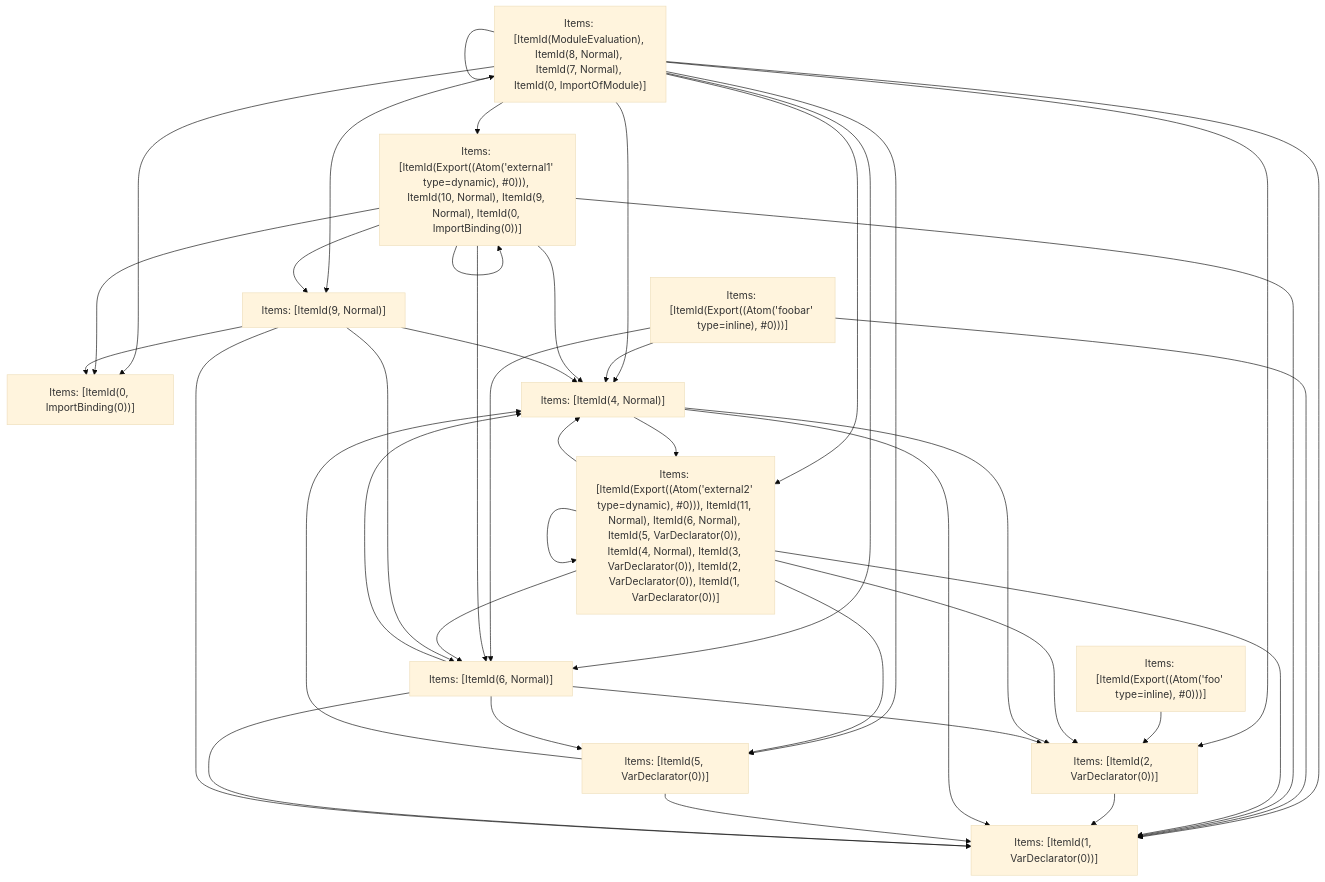
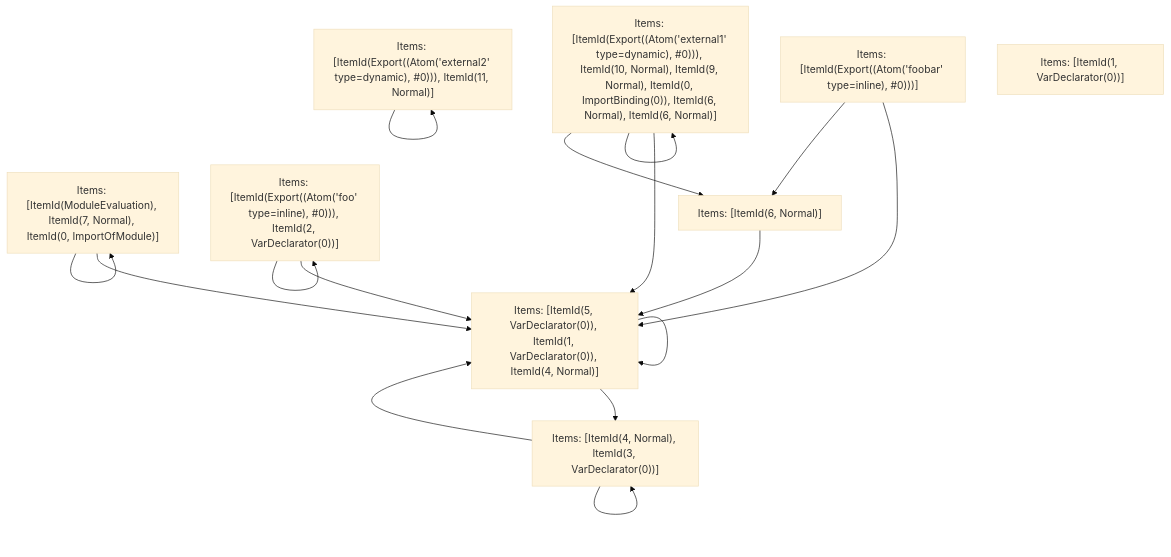
Before and after one commit to vercel/turborepo: the fifth of 5 diagrams in crates/turbopack-ecmascript/tests/tree-shaker/analyzer/1/output.md, drawn with Mermaid (base theme). The commit also changed 3 other files, not shown here.

````diff
--- a/crates/turbopack-ecmascript/tests/tree-shaker/analyzer/1/output.md
+++ b/crates/turbopack-ecmascript/tests/tree-shaker/analyzer/1/output.md
@@ -351,55 +351,27 @@
 ```mermaid
 graph TD
-    N0["Items: [ItemId(ModuleEvaluation), ItemId(8, Normal), ItemId(7, Normal), ItemId(0, ImportOfModule)]"];
+    N0["Items: [ItemId(ModuleEvaluation), ItemId(7, Normal), ItemId(0, ImportOfModule)]"];
     N1["Items: [ItemId(Export((Atom('foobar' type=inline), #0)))]"];
-    N2["Items: [ItemId(Export((Atom('foo' type=inline), #0)))]"];
-    N3["Items: [ItemId(Export((Atom('external1' type=dynamic), #0))), ItemId(10, Normal), ItemId(9, Normal), ItemId(0, ImportBinding(0))]"];
-    N4["Items: [ItemId(Export((Atom('external2' type=dynamic), #0))), ItemId(11, Normal), ItemId(6, Normal), ItemId(5, VarDeclarator(0)), ItemId(4, Normal), ItemId(3, VarDeclarator(0)), ItemId(2, VarDeclarator(0)), ItemId(1, VarDeclarator(0))]"];
-    N5["Items: [ItemId(0, ImportBinding(0))]"];
-    N6["Items: [ItemId(1, VarDeclarator(0))]"];
-    N7["Items: [ItemId(2, VarDeclarator(0))]"];
-    N8["Items: [ItemId(4, Normal)]"];
-    N9["Items: [ItemId(5, VarDeclarator(0))]"];
-    N10["Items: [ItemId(6, Normal)]"];
-    N11["Items: [ItemId(9, Normal)]"];
+    N2["Items: [ItemId(Export((Atom('foo' type=inline), #0))), ItemId(2, VarDeclarator(0))]"];
+    N3["Items: [ItemId(Export((Atom('external1' type=dynamic), #0))), ItemId(10, Normal), ItemId(9, Normal), ItemId(0, ImportBinding(0)), ItemId(6, Normal), ItemId(6, Normal)]"];
+    N4["Items: [ItemId(Export((Atom('external2' type=dynamic), #0))), ItemId(11, Normal)]"];
+    N5["Items: [ItemId(1, VarDeclarator(0))]"];
+    N6["Items: [ItemId(4, Normal), ItemId(3, VarDeclarator(0))]"];
+    N7["Items: [ItemId(5, VarDeclarator(0)), ItemId(1, VarDeclarator(0)), ItemId(4, Normal)]"];
+    N8["Items: [ItemId(6, Normal)]"];
     N0 --> N0;
-    N0 --> N3;
-    N0 --> N5;
-    N0 --> N6;
-    N0 --> N8;
-    N0 --> N10;
     N0 --> N7;
-    N0 --> N9;
-    N0 --> N4;
-    N0 --> N11;
-    N1 --> N6;
+    N1 --> N7;
     N1 --> N8;
-    N1 --> N10;
+    N2 --> N2;
     N2 --> N7;
     N3 --> N3;
-    N3 --> N11;
-    N3 --> N6;
+    N3 --> N7;
     N3 --> N8;
-    N3 --> N10;
-    N3 --> N5;
     N4 --> N4;
-    N4 --> N7;
-    N4 --> N9;
-    N4 --> N10;
-    N4 --> N6;
-    N4 --> N8;
+    N6 --> N6;
+    N6 --> N7;
+    N7 --> N7;
     N7 --> N6;
-    N8 --> N4;
-    N8 --> N6;
     N8 --> N7;
-    N9 --> N6;
-    N9 --> N8;
-    N10 --> N6;
-    N10 --> N8;
-    N10 --> N7;
-    N10 --> N9;
-    N11 --> N5;
-    N11 --> N6;
-    N11 --> N8;
-    N11 --> N10;
 ```
````
